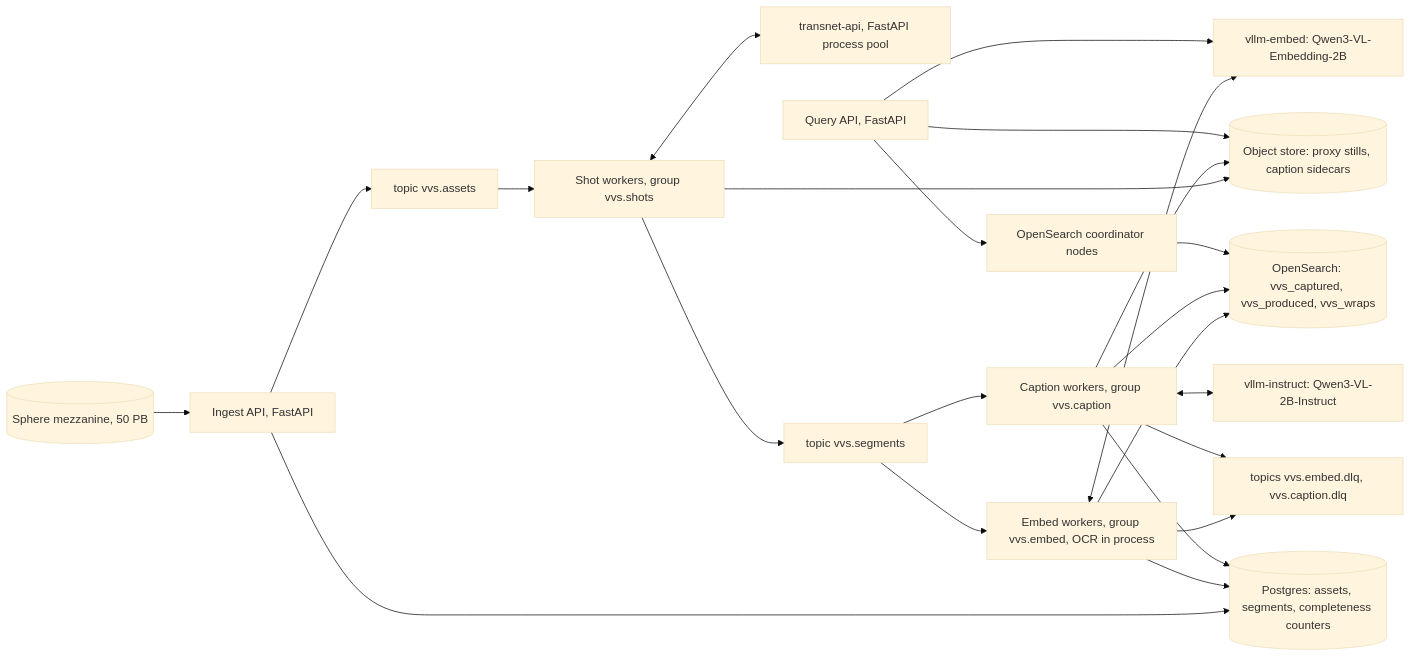
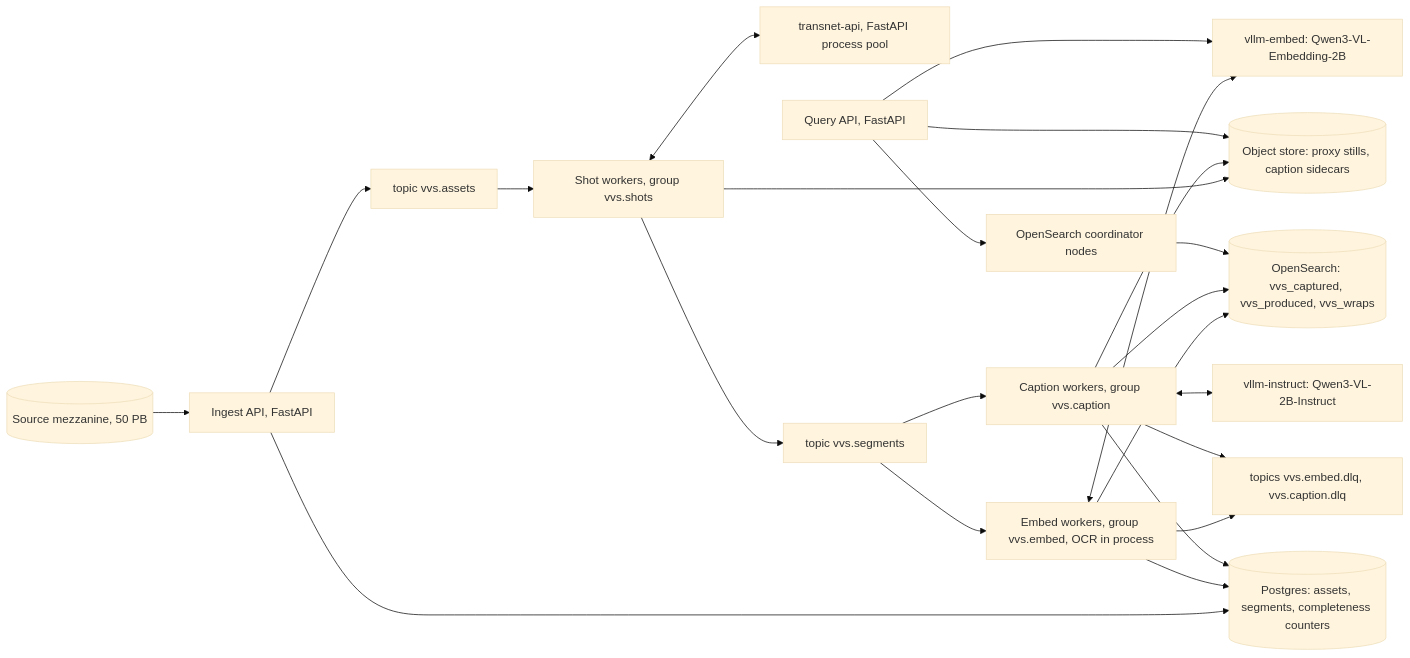
Before and after one commit to smarthi/voice-video-search: the diagram in docs/diagrams/onprem-4-2-full-component-and-deployment-view.mmd, drawn with Mermaid (base theme). The commit also changed 33 other files, not shown here.

```diff
--- a/docs/diagrams/onprem-4-2-full-component-and-deployment-view.mmd
+++ b/docs/diagrams/onprem-4-2-full-component-and-deployment-view.mmd
@@ -1,23 +1,23 @@
 flowchart LR
-  MEZZ[("Sphere mezzanine, 50 PB")] --> ING["Ingest API, FastAPI"]
+  MEZZ[("Source mezzanine, 50 PB")] --> ING["Ingest API, FastAPI"]
   ING --> TA["topic vvs.assets"]
   TA --> SW["Shot workers, group vvs.shots"]
   SW <--> TN["transnet-api, FastAPI process pool"]
   SW --> PROX[("Object store: proxy stills, caption sidecars")]
   SW --> TS["topic vvs.segments"]
   TS --> EW["Embed workers, group vvs.embed, OCR in process"]
   TS --> CW["Caption workers, group vvs.caption"]
   EW <--> VE["vllm-embed: Qwen3-VL-Embedding-2B"]
   CW <--> VI["vllm-instruct: Qwen3-VL-2B-Instruct"]
   EW --> OS[("OpenSearch: vvs_captured, vvs_produced, vvs_wraps")]
   CW --> OS
   CW --> PROX
   EW --> DLQ["topics vvs.embed.dlq, vvs.caption.dlq"]
   CW --> DLQ
   ING --> PG[("Postgres: assets, segments, completeness counters")]
   EW --> PG
   CW --> PG
   QAPI["Query API, FastAPI"] --> VE
   QAPI --> COORD["OpenSearch coordinator nodes"]
   COORD --> OS
   QAPI --> PROX
```
